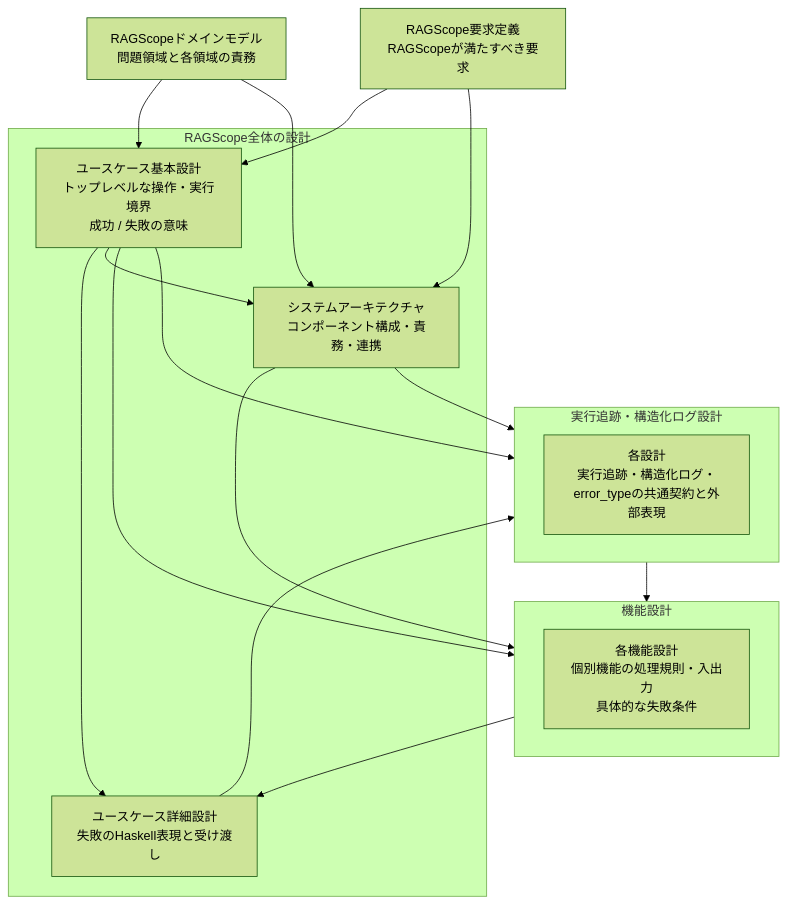
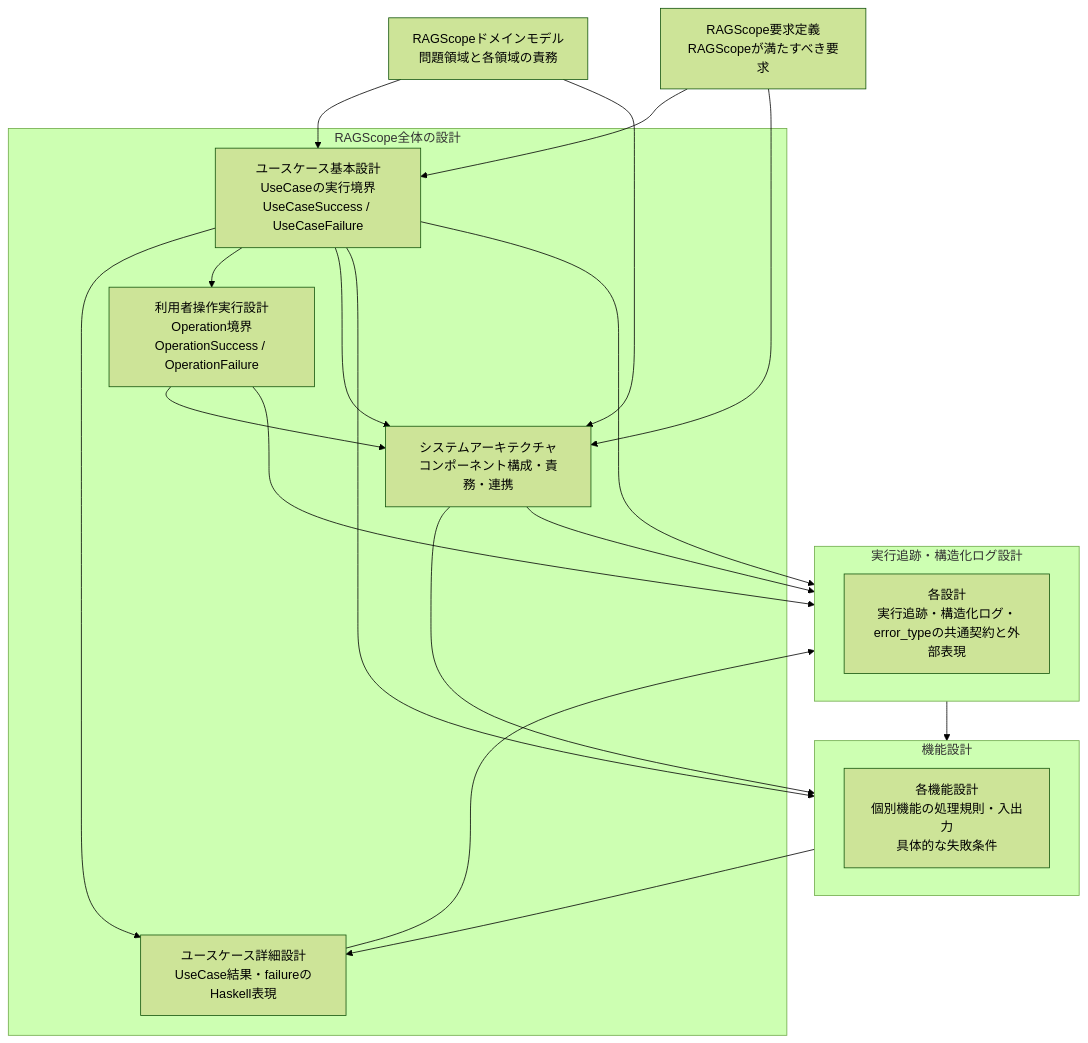
The diagram in project-docs/design/README.md (takashit16833/RAGScope), drawn with Mermaid (forest theme) before and after one commit. The commit also changed other lines of this file and 3 other files, not shown here.

````diff
--- a/project-docs/design/README.md
+++ b/project-docs/design/README.md
@@ -21,35 +22,39 @@
 ```mermaid
 flowchart TD
     Domain["RAGScopeドメインモデル<br>問題領域と各領域の責務"]
     Requirements["RAGScope要求定義<br>RAGScopeが満たすべき要求"]
 
     subgraph Core["RAGScope全体の設計"]
-        UseCase["ユースケース基本設計<br>トップレベルな操作・実行境界<br>成功 / 失敗の意味"]
-        UseCaseDetail["ユースケース詳細設計<br>失敗のHaskell表現と受け渡し"]
+        UseCase["ユースケース基本設計<br>UseCaseの実行境界<br>UseCaseSuccess / UseCaseFailure"]
+        UseCaseDetail["ユースケース詳細設計<br>UseCase結果・failureのHaskell表現"]
+        Operation["利用者操作実行設計<br>Operation境界<br>OperationSuccess / OperationFailure"]
         Architecture["システムアーキテクチャ<br>コンポーネント構成・責務・連携"]
         UseCase --> UseCaseDetail
+        UseCase --> Operation
         UseCase --> Architecture
+        Operation --> Architecture
     end
 
     subgraph Features["機能設計"]
         FeatureDesigns["各機能設計<br>個別機能の処理規則・入出力<br>具体的な失敗条件"]
     end
 
     subgraph Logging["実行追跡・構造化ログ設計"]
         LoggingDesigns["各設計<br>実行追跡・構造化ログ・error_typeの共通契約と外部表現"]
     end
 
     Domain --> UseCase
     Requirements --> UseCase
     Domain --> Architecture
     Requirements --> Architecture
 
     Architecture --> Features
     UseCase --> Features
     Features --> UseCaseDetail
 
+    Operation --> Logging
     UseCase --> Logging
     UseCaseDetail --> Logging
     Architecture --> Logging
     Logging --> Features
 ```
````
